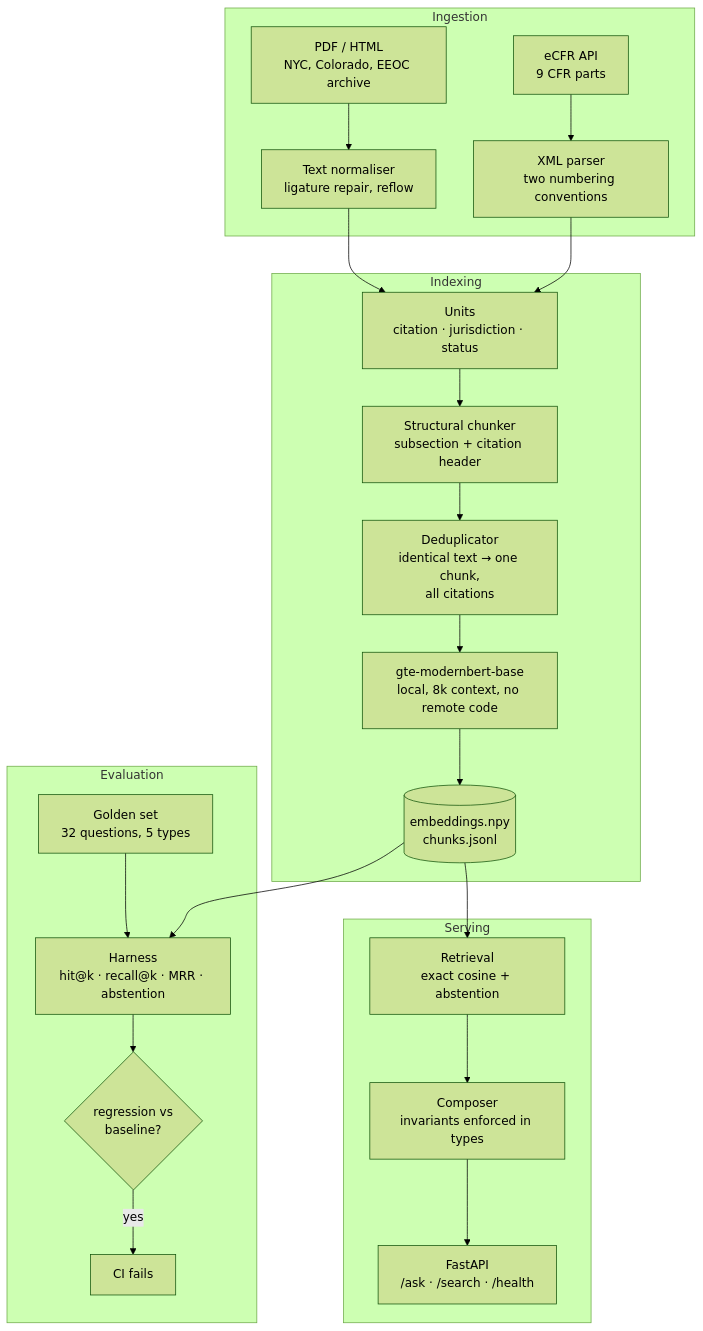
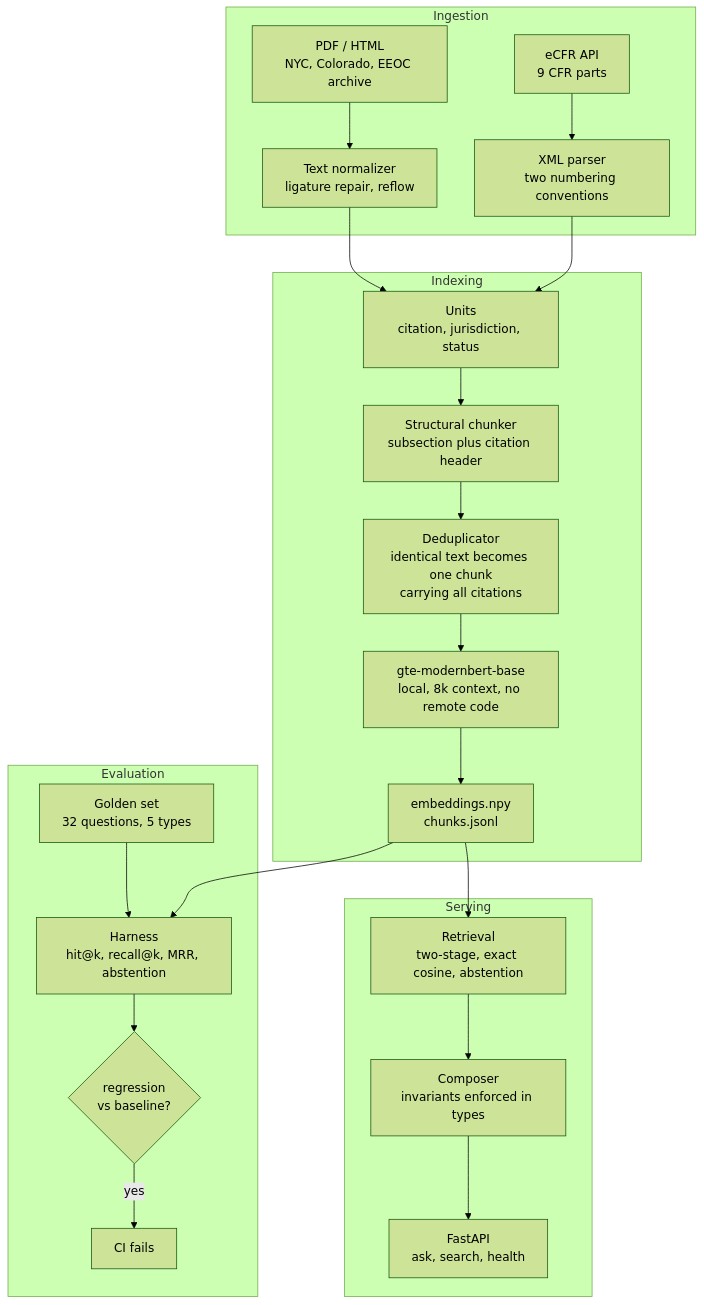
The diagram in README.md (abhinavkumar210/hiring-law-rag), drawn with Mermaid (forest theme) before and after one commit.

Commit message:
Fix mermaid diagram failing to render on GitHub
Three constructs GitHub's parser rejected: a [(...)] cylinder node with a quoted
label, a U+2192 arrow inside a node label, and U+00B7 separators. Rewritten with
rectangles, decision rhombus, and ASCII only. Subgraph ids renamed off bare words
like index and eval.

````diff
--- a/README.md
+++ b/README.md
@@ -35,30 +35,30 @@
 ```mermaid
 flowchart TB
-    subgraph ingest["Ingestion"]
+    subgraph ING["Ingestion"]
         A1["eCFR API<br/>9 CFR parts"] --> P1["XML parser<br/>two numbering conventions"]
-        A2["PDF / HTML<br/>NYC, Colorado, EEOC archive"] --> P2["Text normaliser<br/>ligature repair, reflow"]
+        A2["PDF / HTML<br/>NYC, Colorado, EEOC archive"] --> P2["Text normalizer<br/>ligature repair, reflow"]
     end
 
-    P1 --> U["Units<br/>citation · jurisdiction · status"]
+    P1 --> U["Units<br/>citation, jurisdiction, status"]
     P2 --> U
 
-    subgraph index["Indexing"]
-        U --> C["Structural chunker<br/>subsection + citation header"]
-        C --> D["Deduplicator<br/>identical text → one chunk,<br/>all citations"]
+    subgraph IDX["Indexing"]
+        U --> C["Structural chunker<br/>subsection plus citation header"]
+        C --> D["Deduplicator<br/>identical text becomes one chunk<br/>carrying all citations"]
         D --> E["gte-modernbert-base<br/>local, 8k context, no remote code"]
-        E --> V[("embeddings.npy<br/>chunks.jsonl")]
+        E --> V["embeddings.npy<br/>chunks.jsonl"]
     end
 
-    subgraph serve["Serving"]
-        V --> R["Retrieval<br/>exact cosine + abstention"]
+    subgraph SRV["Serving"]
+        V --> R["Retrieval<br/>two-stage, exact cosine, abstention"]
         R --> G["Composer<br/>invariants enforced in types"]
-        G --> API["FastAPI<br/>/ask · /search · /health"]
+        G --> API["FastAPI<br/>ask, search, health"]
     end
 
-    subgraph eval["Evaluation"]
-        V --> H["Harness<br/>hit@k · recall@k · MRR · abstention"]
+    subgraph EV["Evaluation"]
+        V --> H["Harness<br/>hit@k, recall@k, MRR, abstention"]
         GS["Golden set<br/>32 questions, 5 types"] --> H
-        H --> B{"regression vs<br/>baseline?"}
-        B -->|yes| FAIL["CI fails"]
+        H --> B{"regression<br/>vs baseline?"}
+        B -- yes --> FAIL["CI fails"]
     end
 ```
````
